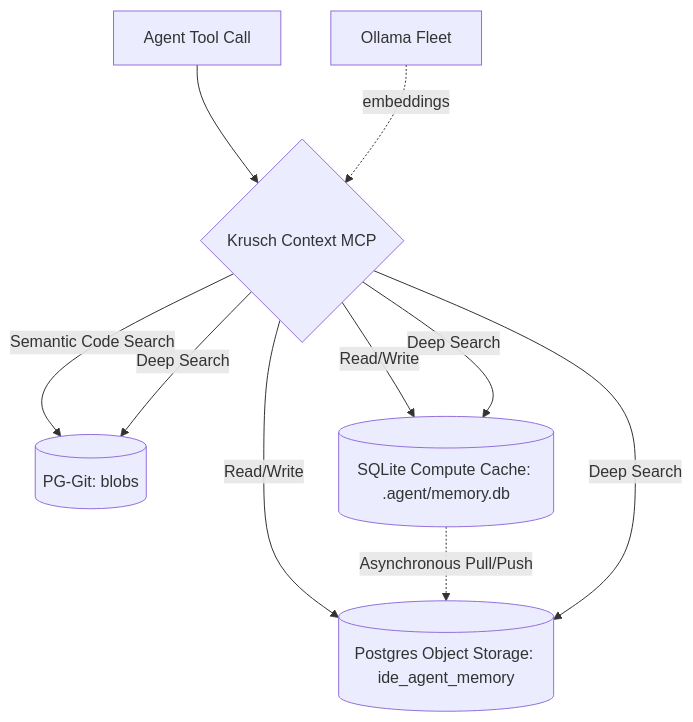
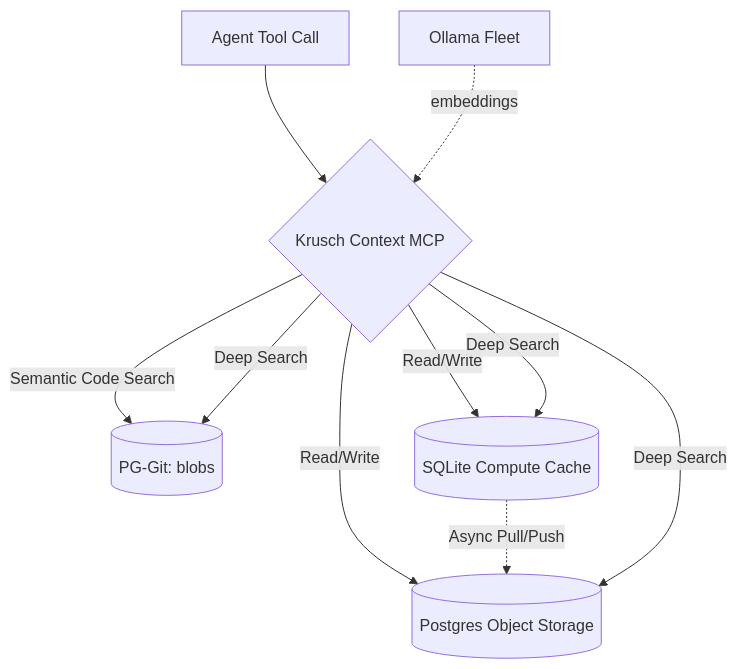
One commit to kruschdev/krusch-context-mcp changed the diagram in README.md. Above: the diagram before and after it, drawn with Mermaid. The commit also changed other lines of this file and 2 other files, not shown here.

````diff
--- a/README.md
+++ b/README.md
@@ -104,15 +84,12 @@
 ```mermaid
 graph TD;
     A[Agent Tool Call] --> B{Krusch Context MCP};
     B -- Semantic Code Search --> C[(PG-Git: blobs)];
-    B -- Read/Write --> D[(SQLite Compute Cache: .agent/memory.db)];
-    B -- Read/Write --> E[(Postgres Object Storage: ide_agent_memory)];
-    
-    %% Lakebase Architecture Sync
-    D -. Asynchronous Pull/Push .-> E;
-
+    B -- Read/Write --> D[(SQLite Compute Cache)];
+    B -- Read/Write --> E[(Postgres Object Storage)];
+    D -. Async Pull/Push .-> E;
     B -- Deep Search --> C;
     B -- Deep Search --> D;
     B -- Deep Search --> E;
     F[Ollama Fleet] -. embeddings .-> B;
 ```
````
